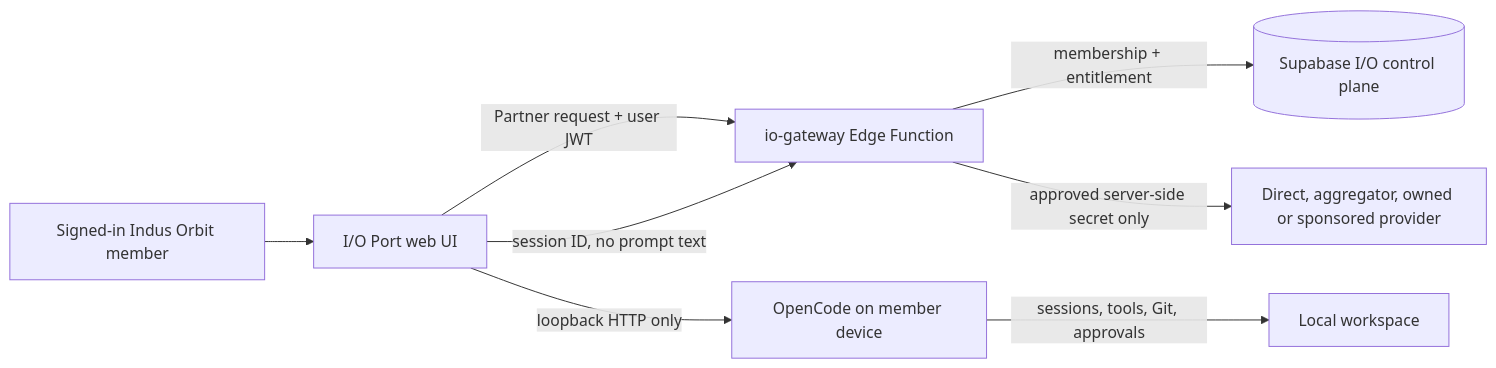
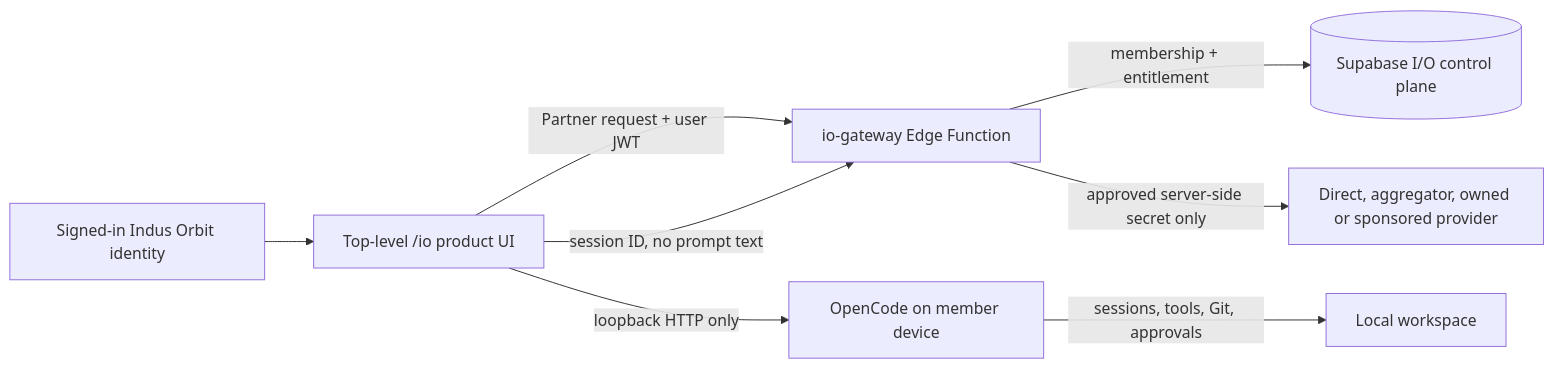
The diagram in docs/io-system/io-port-system/IO_PORT_OPERATIONS_GUIDE.md (helloimakeimpact/indus-orbit-india), drawn with Mermaid before and after one commit. The commit also changed other lines of this file and 44 other files, not shown here.

````diff
--- a/docs/io-system/io-port-system/IO_PORT_OPERATIONS_GUIDE.md
+++ b/docs/io-system/io-port-system/IO_PORT_OPERATIONS_GUIDE.md
@@ -18,10 +18,10 @@
 ```mermaid
 flowchart LR
-  U["Signed-in Indus Orbit member"] --> W["I/O Port web UI"]
+  U["Signed-in Indus Orbit identity"] --> W["Top-level /io product UI"]
   W -->|"Partner request + user JWT"| G["io-gateway Edge Function"]
   G -->|"membership + entitlement"| DB[("Supabase I/O control plane")]
   G -->|"approved server-side secret only"| P["Direct, aggregator, owned or sponsored provider"]
   W -->|"loopback HTTP only"| O["OpenCode on member device"]
   O -->|"sessions, tools, Git, approvals"| L["Local workspace"]
   W -->|"session ID, no prompt text"| G
 ```
````
